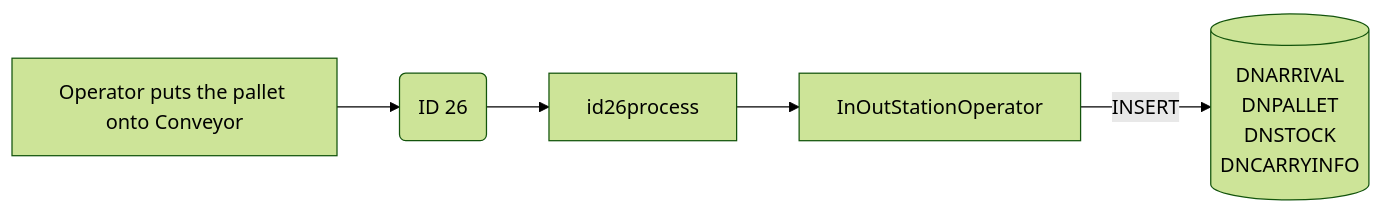
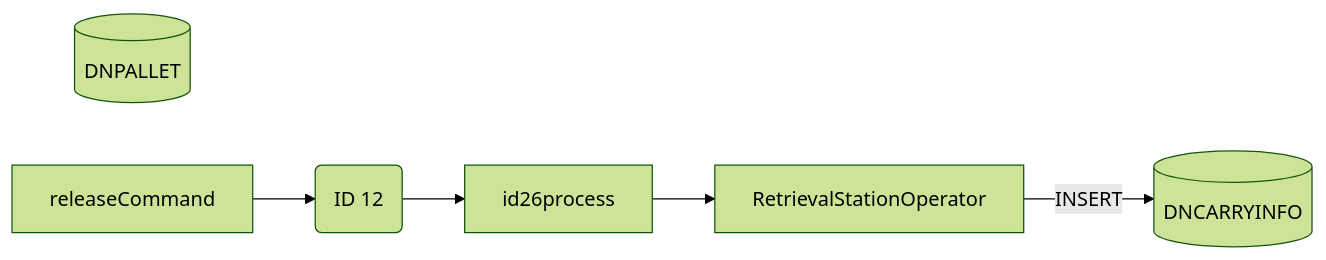
Before and after one commit to luthfiadityaa/SimeDarby-Wiki: the fourth of 10 diagrams in Basic-Design/DFD-WMS/Retrieval/Unplanned-Retrieval-to-HP-Area.md, drawn with Mermaid (forest theme). The commit also changed other lines of this file, not shown here.

Commit message:
Updated Unplanned Retrieval to HP Area

```diff
--- a/Basic-Design/DFD-WMS/Retrieval/Unplanned-Retrieval-to-HP-Area.md
+++ b/Basic-Design/DFD-WMS/Retrieval/Unplanned-Retrieval-to-HP-Area.md
@@ -196,23 +196,20 @@
 ::: mermaid
 flowchart LR
 
-releaseCommand["
-Operator puts the pallet onto Conveyor
-"]
-
 id26msg("
-ID 26
+ID 12
 ")
 
 id26-insert[("
-DNARRIVAL
-DNPALLET
-DNSTOCK
 DNCARRYINFO
 ")]
 
-inoutstationoperator[InOutStationOperator]
+id26-update[("
+DNPALLET
+")]
+
+inoutstationoperator[RetrievalStationOperator]
 
 releaseCommand-->id26msg-->id26process-->inoutstationoperator
 inoutstationoperator--> |INSERT| id26-insert
 :::
```
